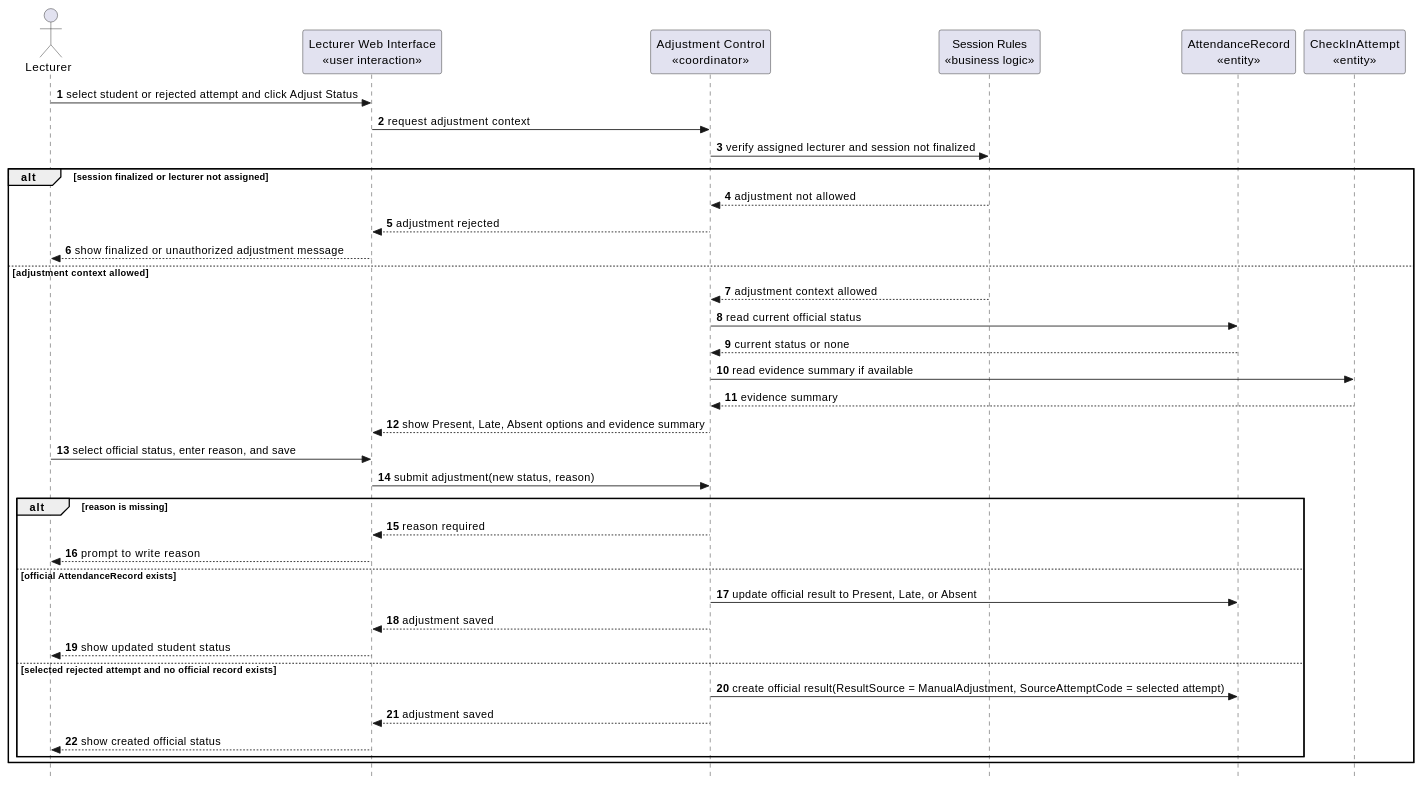
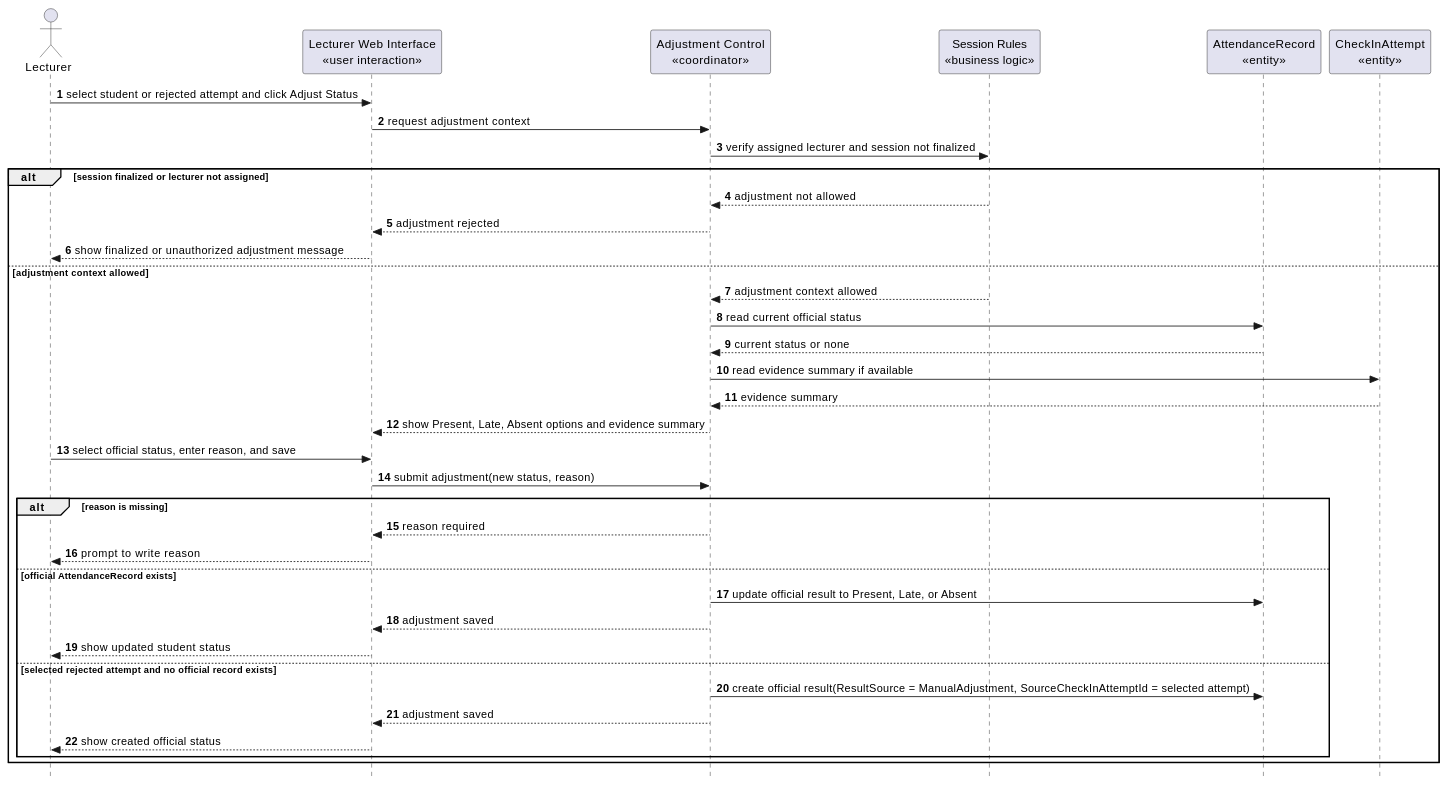
Diagram 19 of 29 in docs/sds/2_Analysis.md (nttung42/SWD392), drawn with PlantUML before and after one commit. The commit also changed other lines of this file and 2 other files, not shown here.

````diff
--- a/docs/sds/2_Analysis.md
+++ b/docs/sds/2_Analysis.md
@@ -1022,44 +1030,44 @@
 ```plantuml
 @startuml
 skinparam style strictuml
 autonumber
 actor "Lecturer" as Lecturer
 participant "Lecturer Web Interface\n«user interaction»" as LecturerUI
 participant "Adjustment Control\n«coordinator»" as AdjustmentControl
 participant "Session Rules\n«business logic»" as SessionRules
 participant "AttendanceRecord\n«entity»" as AttendanceRecord
 participant "CheckInAttempt\n«entity»" as CheckInAttempt
 
 Lecturer -> LecturerUI : select student or rejected attempt and click Adjust Status
 LecturerUI -> AdjustmentControl : request adjustment context
 AdjustmentControl -> SessionRules : verify assigned lecturer and session not finalized
 
 alt session finalized or lecturer not assigned
   SessionRules --> AdjustmentControl : adjustment not allowed
   AdjustmentControl --> LecturerUI : adjustment rejected
   LecturerUI --> Lecturer : show finalized or unauthorized adjustment message
 else adjustment context allowed
   SessionRules --> AdjustmentControl : adjustment context allowed
   AdjustmentControl -> AttendanceRecord : read current official status
   AttendanceRecord --> AdjustmentControl : current status or none
   AdjustmentControl -> CheckInAttempt : read evidence summary if available
   CheckInAttempt --> AdjustmentControl : evidence summary
   AdjustmentControl --> LecturerUI : show Present, Late, Absent options and evidence summary
   Lecturer -> LecturerUI : select official status, enter reason, and save
   LecturerUI -> AdjustmentControl : submit adjustment(new status, reason)
 
   alt reason is missing
     AdjustmentControl --> LecturerUI : reason required
     LecturerUI --> Lecturer : prompt to write reason
   else official AttendanceRecord exists
     AdjustmentControl -> AttendanceRecord : update official result to Present, Late, or Absent
     AdjustmentControl --> LecturerUI : adjustment saved
     LecturerUI --> Lecturer : show updated student status
   else selected rejected attempt and no official record exists
-    AdjustmentControl -> AttendanceRecord : create official result(ResultSource = ManualAdjustment, SourceAttemptCode = selected attempt)
+    AdjustmentControl -> AttendanceRecord : create official result(ResultSource = ManualAdjustment, SourceCheckInAttemptId = selected attempt)
     AdjustmentControl --> LecturerUI : adjustment saved
     LecturerUI --> Lecturer : show created official status
   end
 end
 @enduml
 ```
````
